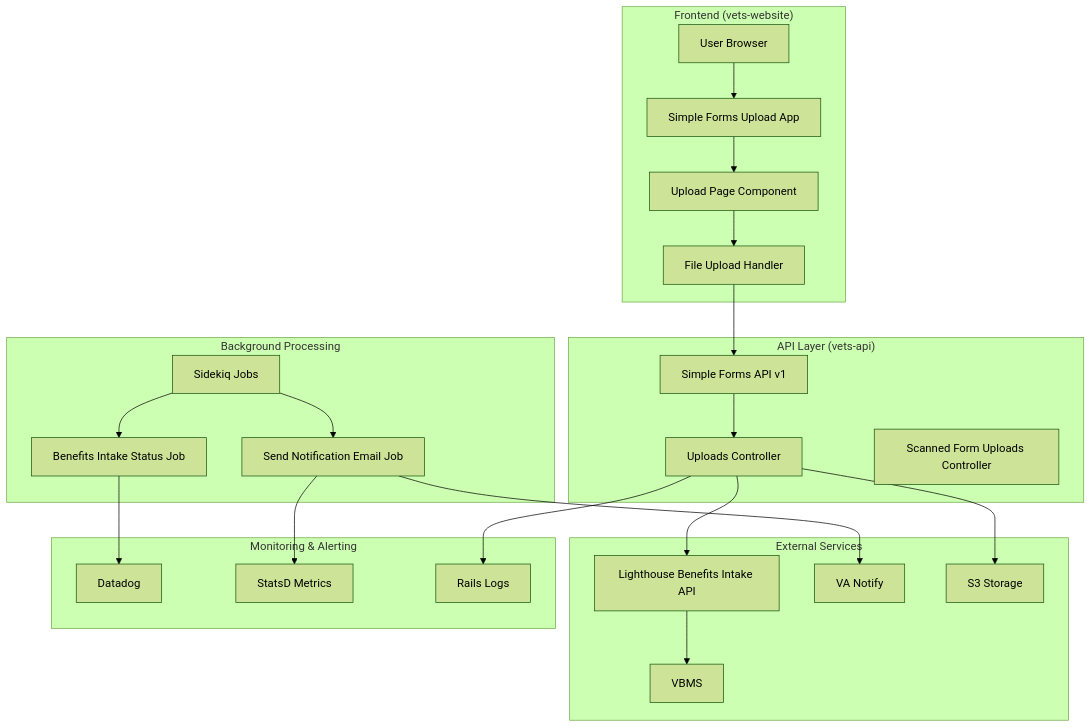
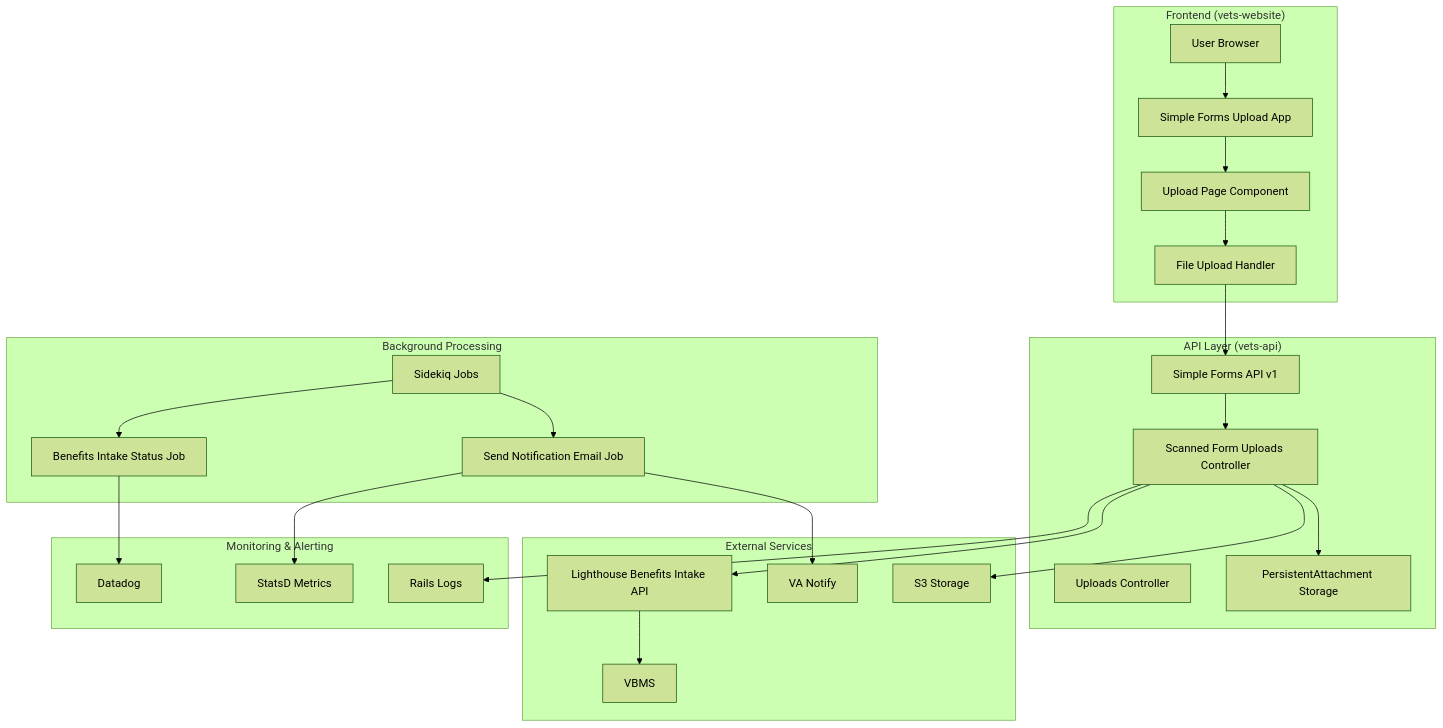
The first of 3 diagrams in docs/forms/21P-0516-1_implementation.md (agilesix/VA-forms-research), drawn with Mermaid (forest theme) before and after one commit. The commit also changed other lines of this file, not shown here.

````diff
--- a/docs/forms/21P-0516-1_implementation.md
+++ b/docs/forms/21P-0516-1_implementation.md
@@ -19,45 +19,47 @@
 ```mermaid
 graph TB
     subgraph "Frontend (vets-website)"
         A[User Browser] --> B[Simple Forms Upload App]
         B --> C[Upload Page Component]
         C --> D[File Upload Handler]
     end
     
     subgraph "API Layer (vets-api)"
         E[Simple Forms API v1]
         F[Uploads Controller]
         G[Scanned Form Uploads Controller]
+        H1[PersistentAttachment Storage]
     end
     
     subgraph "Background Processing"
         H[Sidekiq Jobs]
         I[Benefits Intake Status Job]
         J[Send Notification Email Job]
     end
     
     subgraph "External Services"
         K[Lighthouse Benefits Intake API]
         L[VBMS]
         M[VA Notify]
         N[S3 Storage]
     end
     
     subgraph "Monitoring & Alerting"
         O[Datadog]
         P[StatsD Metrics]
         Q[Rails Logs]
     end
     
     D --> E
-    E --> F
-    F --> K
+    E --> G
+    G --> H1
+    G --> K
     K --> L
     H --> I
     H --> J
     J --> M
-    F --> N
+    G --> N
     I --> O
     J --> P
-    F --> Q
+    G --> Q
 ```
````
